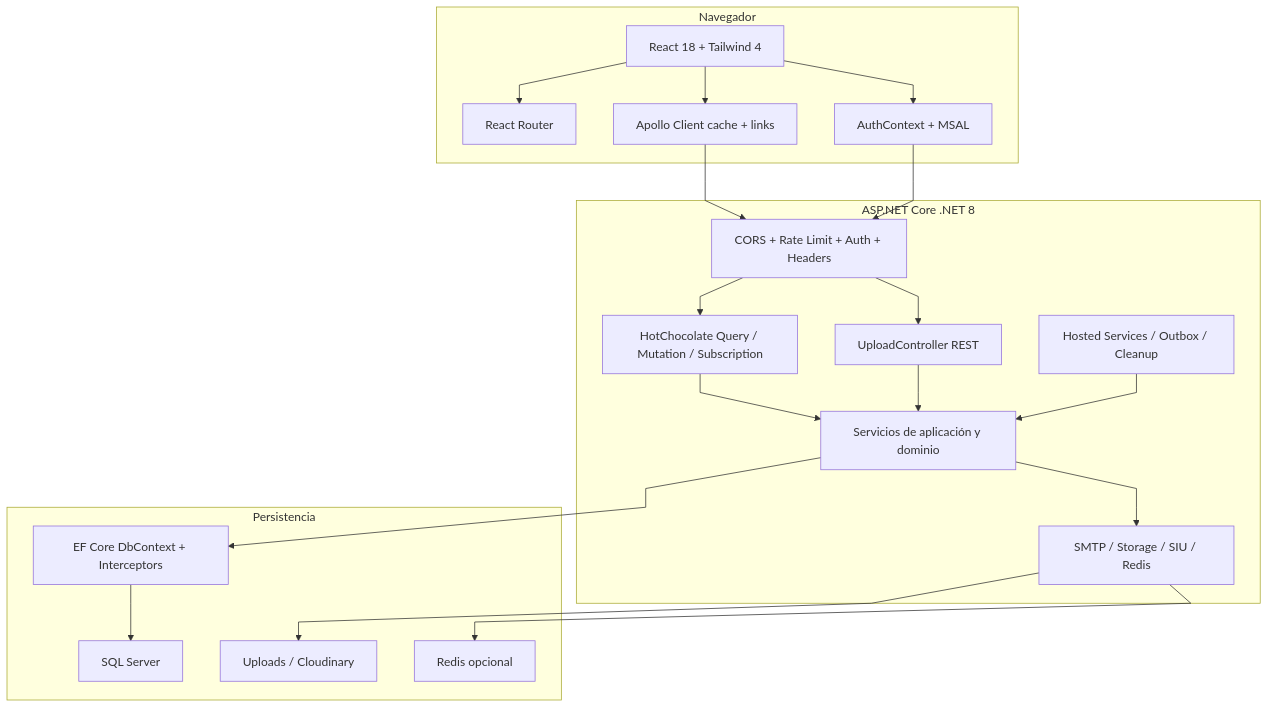
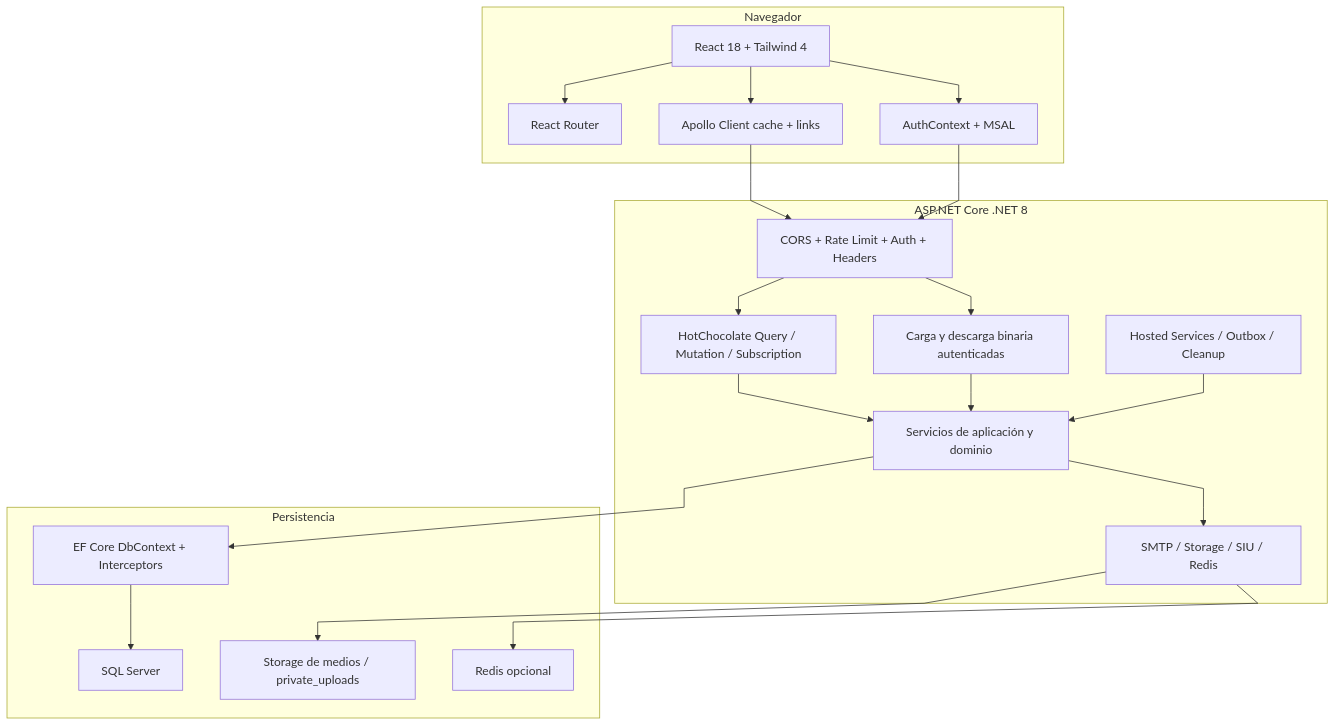
Before and after one commit to fagdiaz/OneITB: the second of 7 diagrams in docs/project_docs/architecture-and-design.md, drawn with Mermaid. The commit also changed other lines of this file and 13 other files, not shown here.

````diff
--- a/docs/project_docs/architecture-and-design.md
+++ b/docs/project_docs/architecture-and-design.md
@@ -97,39 +97,39 @@
 ```mermaid
 %%{init: {"flowchart": {"curve": "linear"}}}%%
 flowchart TB
     subgraph Browser["Navegador"]
         UI["React 18 + Tailwind 4"]
         Router["React Router"]
         Apollo["Apollo Client cache + links"]
         Auth["AuthContext + MSAL"]
     end
     subgraph Api["ASP.NET Core .NET 8"]
         Pipeline["CORS + Rate Limit + Auth + Headers"]
         GQL["HotChocolate Query / Mutation / Subscription"]
-        Upload["UploadController REST"]
+        Upload["Carga y descarga binaria autenticadas"]
         Services["Servicios de aplicación y dominio"]
         Workers["Hosted Services / Outbox / Cleanup"]
         Adapters["SMTP / Storage / SIU / Redis"]
     end
     subgraph Data["Persistencia"]
         EF["EF Core DbContext + Interceptors"]
         SQL["SQL Server"]
-        Files["Uploads / Cloudinary"]
+        Files["Storage de medios / private_uploads"]
         Cache["Redis opcional"]
     end
     UI --> Router
     UI --> Auth
     UI --> Apollo
     Apollo --> Pipeline
     Auth --> Pipeline
     Pipeline --> GQL
     Pipeline --> Upload
     GQL --> Services
     Upload --> Services
     Workers --> Services
     Services --> EF
     Services --> Adapters
     EF --> SQL
     Adapters --> Files
     Adapters --> Cache
 ```
````
